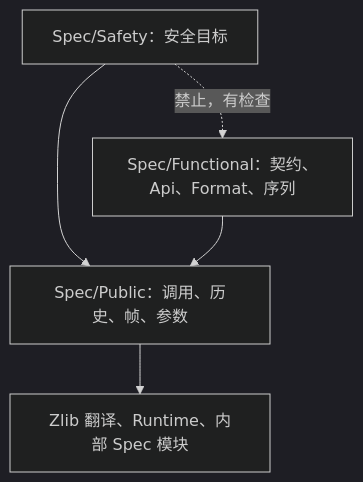
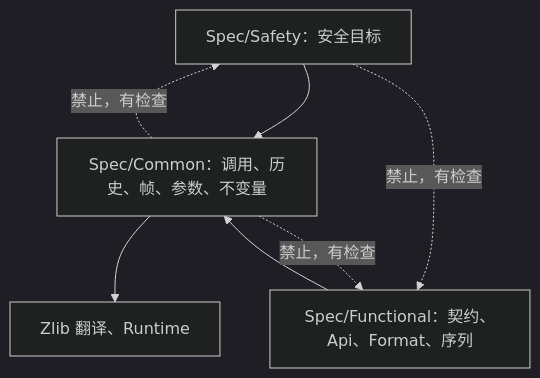
One commit to cla7aye15I4nd/oss-proof changed the diagram in docs/design/safety-functional-split.zh.md. Above: the diagram before and after it, drawn with Mermaid (dark theme). The commit also changed other lines of this file and 19 other files, not shown here.

First line of the commit message:
docs: describe the final layout of ZlibF/Spec and the rules the script checks

````diff
--- a/docs/design/safety-functional-split.zh.md
+++ b/docs/design/safety-functional-split.zh.md
@@ -24,8 +28,10 @@
 ```mermaid
 flowchart TD
-  Safety["Spec/Safety：安全目标"] --> Public
-  Functional["Spec/Functional：契约、Api、Format、序列"] --> Public
-  Public["Spec/Public：调用、历史、帧、参数"] --> Base
-  Base["Zlib 翻译、Runtime、内部 Spec 模块"]
+  Safety["Spec/Safety：安全目标"] --> Common
+  Functional["Spec/Functional：契约、Api、Format、序列"] --> Common
+  Common["Spec/Common：调用、历史、帧、参数、不变量"] --> Base
+  Base["Zlib 翻译、Runtime"]
   Safety -. "禁止，有检查" .-> Functional
+  Common -. "禁止，有检查" .-> Safety
+  Common -. "禁止，有检查" .-> Functional
 ```
````
